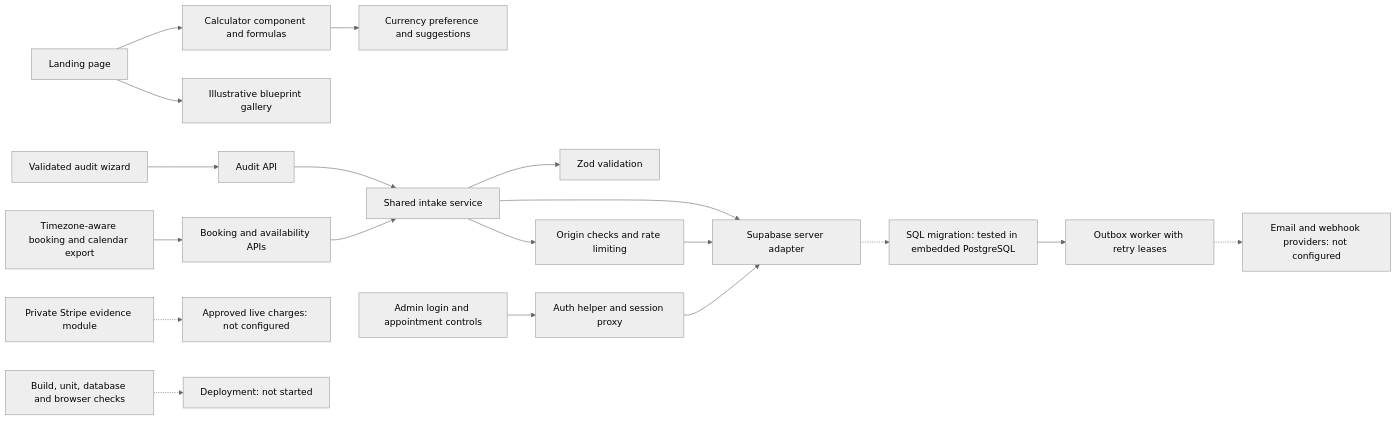
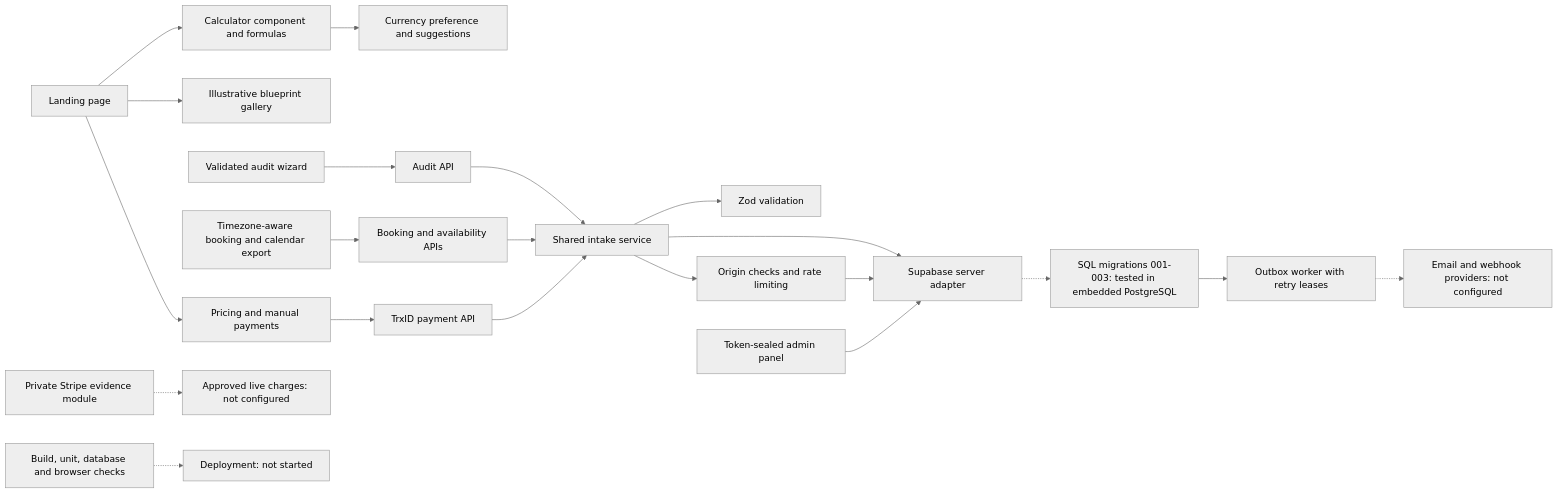
The diagram in docs/project-memory/README.md (proffesergio/omniscale), drawn with Mermaid (neutral theme) before and after one commit. The commit also changed other lines of this file and 5 other files, not shown here.

Commit message:
Refresh project memory: backlog, deploy runbook, graph, continuation context

````diff
--- a/docs/project-memory/README.md
+++ b/docs/project-memory/README.md
@@ -17,21 +18,23 @@
 ```mermaid
 flowchart LR
   Home[Landing page] --> Calc[Calculator component and formulas]
   Home --> Gallery[Illustrative blueprint gallery]
+  Home --> Pricing[Pricing and manual payments]
   Calc --> Currency[Currency preference and suggestions]
   AuditUI[Validated audit wizard] --> AuditAPI[Audit API]
   BookingUI[Timezone-aware booking and calendar export] --> BookingAPI[Booking and availability APIs]
+  Pricing --> PaymentsAPI[TrxID payment API]
   AuditAPI --> Intake[Shared intake service]
   BookingAPI --> Intake
+  PaymentsAPI --> Intake
   Intake --> Validation[Zod validation]
   Intake --> Security[Origin checks and rate limiting]
   Intake --> DB[Supabase server adapter]
   Security --> DB
-  Admin[Admin login and appointment controls] --> Auth[Auth helper and session proxy]
-  Auth --> DB
-  DB -.-> Schema[SQL migration: tested in embedded PostgreSQL]
+  Admin[Token-sealed admin panel] --> DB
+  DB -.-> Schema[SQL migrations 001-003: tested in embedded PostgreSQL]
   Schema --> Worker[Outbox worker with retry leases]
   Worker -.-> Providers[Email and webhook providers: not configured]
   Stripe[Private Stripe evidence module] -.-> StripeAPI[Approved live charges: not configured]
   Checks[Build, unit, database and browser checks] -.-> Release[Deployment: not started]
 ```
````
